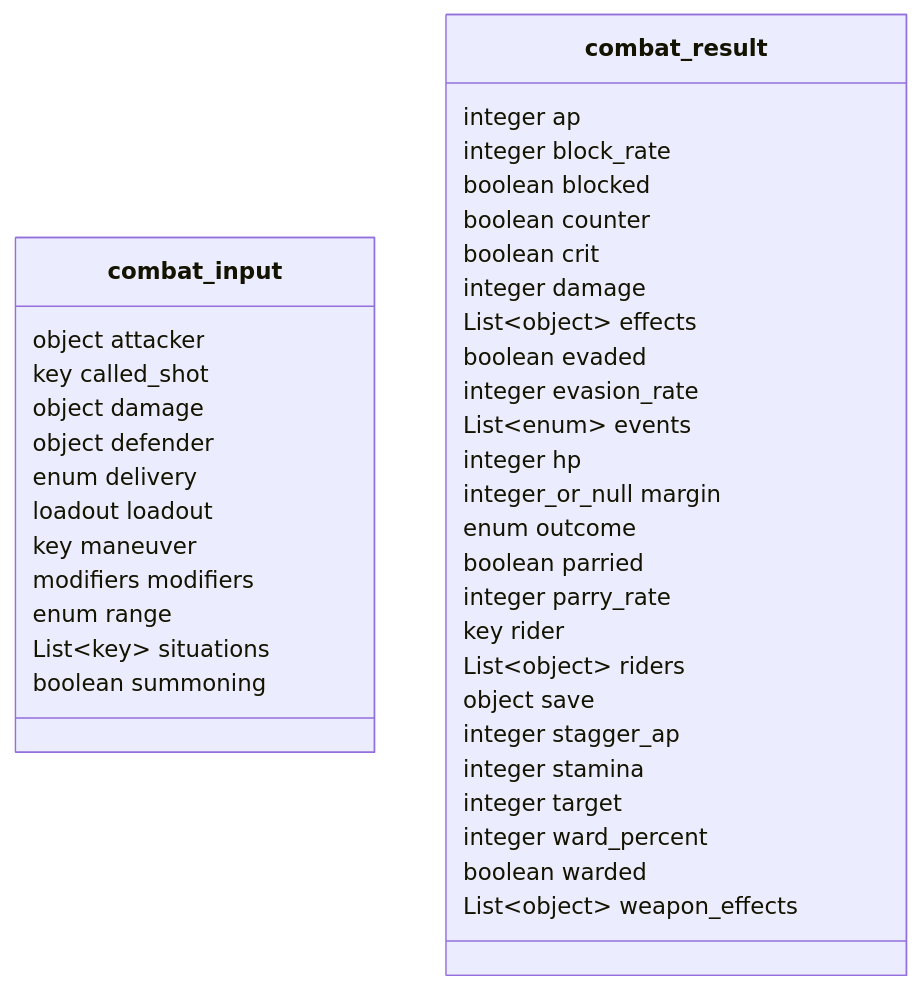
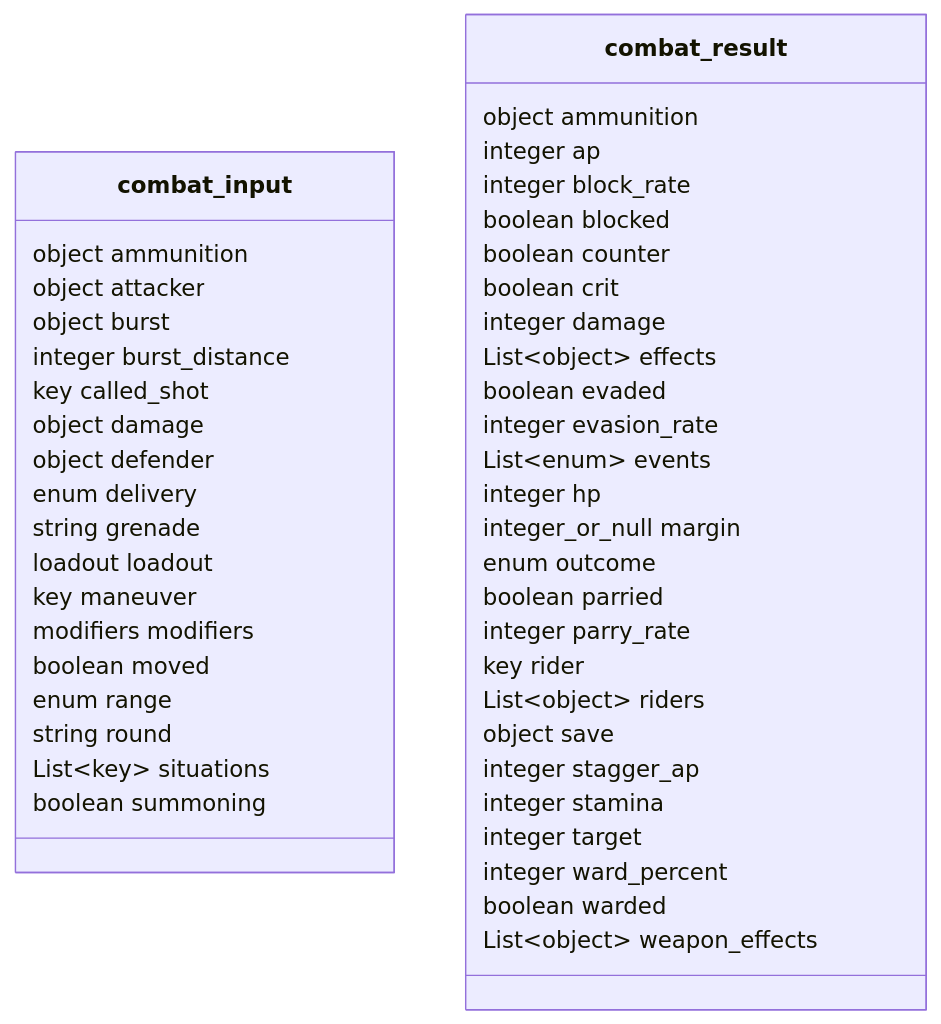
Before and after one commit to SETA1609/riftweave-core: the tenth of 34 diagrams in docs/backend/contract-diagram.md, drawn with Mermaid. The commit also changed other lines of this file and 305 other files, not shown here.

````diff
--- a/docs/backend/contract-diagram.md
+++ b/docs/backend/contract-diagram.md
@@ -305,42 +375,49 @@
 ```mermaid
 classDiagram
     class combat_input {
+        object ammunition
         object attacker
+        object burst
+        integer burst_distance
         key called_shot
         object damage
         object defender
         enum delivery
+        string grenade
         loadout loadout
         key maneuver
         modifiers modifiers
+        boolean moved
         enum range
+        string round
         List~key~ situations
         boolean summoning
     }
     class combat_result {
+        object ammunition
         integer ap
         integer block_rate
         boolean blocked
         boolean counter
         boolean crit
         integer damage
         List~object~ effects
         boolean evaded
         integer evasion_rate
         List~enum~ events
         integer hp
         integer_or_null margin
         enum outcome
         boolean parried
         integer parry_rate
         key rider
         List~object~ riders
         object save
         integer stagger_ap
         integer stamina
         integer target
         integer ward_percent
         boolean warded
         List~object~ weapon_effects
     }
 ```
````
